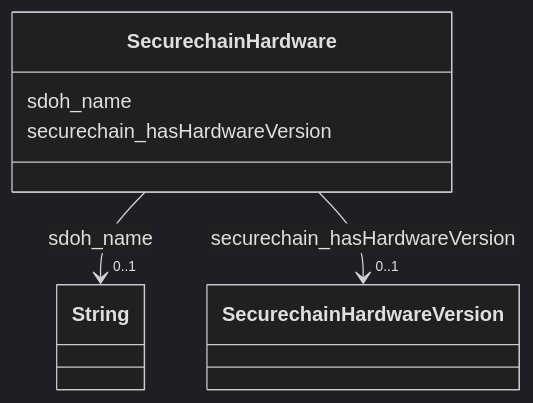
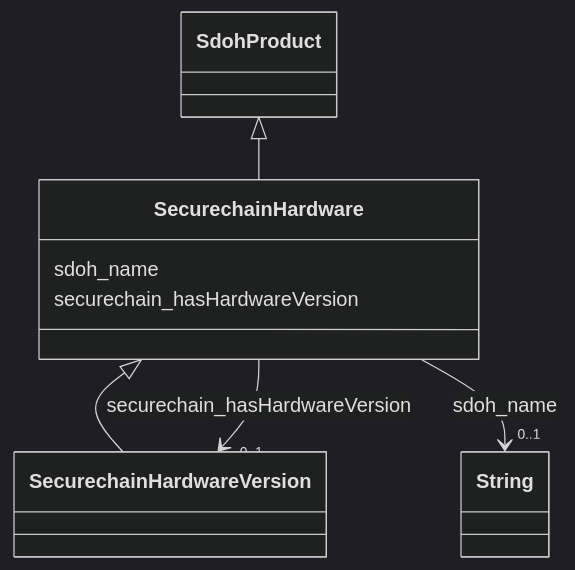
One commit to frink-okn/graph-descriptions changed the diagram in secure-chain-kg/classes/SecurechainHardware.md. Above: the diagram before and after it, drawn with Mermaid (dark theme). The commit also changed other lines of this file and 6807 other files, not shown here.

````diff
--- a/secure-chain-kg/classes/SecurechainHardware.md
+++ b/secure-chain-kg/classes/SecurechainHardware.md
@@ -19,24 +19,32 @@
 ```mermaid
  classDiagram
     class SecurechainHardware
     click SecurechainHardware href "../SecurechainHardware"
+      SdohProduct <|-- SecurechainHardware
+        click SdohProduct href "../SdohProduct"
+      
+
+      SecurechainHardware <|-- SecurechainHardwareVersion
+        click SecurechainHardwareVersion href "../SecurechainHardwareVersion"
+      
+      
       SecurechainHardware : sdoh_name
         
           
     
     
     SecurechainHardware --> "0..1" String : sdoh_name
     click String href "../String"
 
         
       SecurechainHardware : securechain_hasHardwareVersion
         
           
     
     
     SecurechainHardware --> "0..1" SecurechainHardwareVersion : securechain_hasHardwareVersion
     click SecurechainHardwareVersion href "../SecurechainHardwareVersion"
 
         
       
 ```
````
